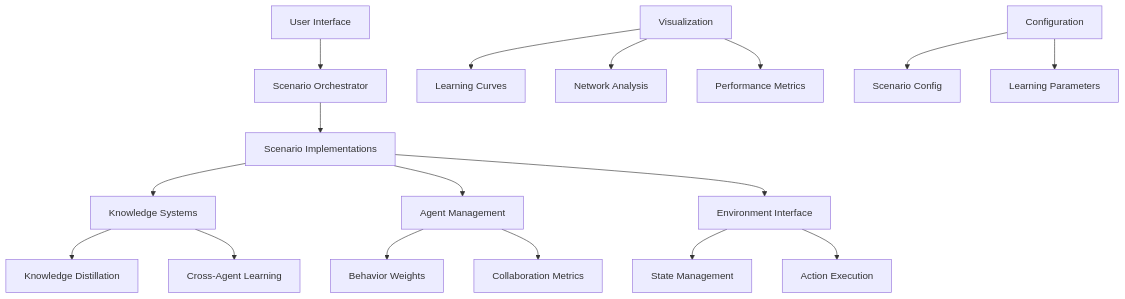
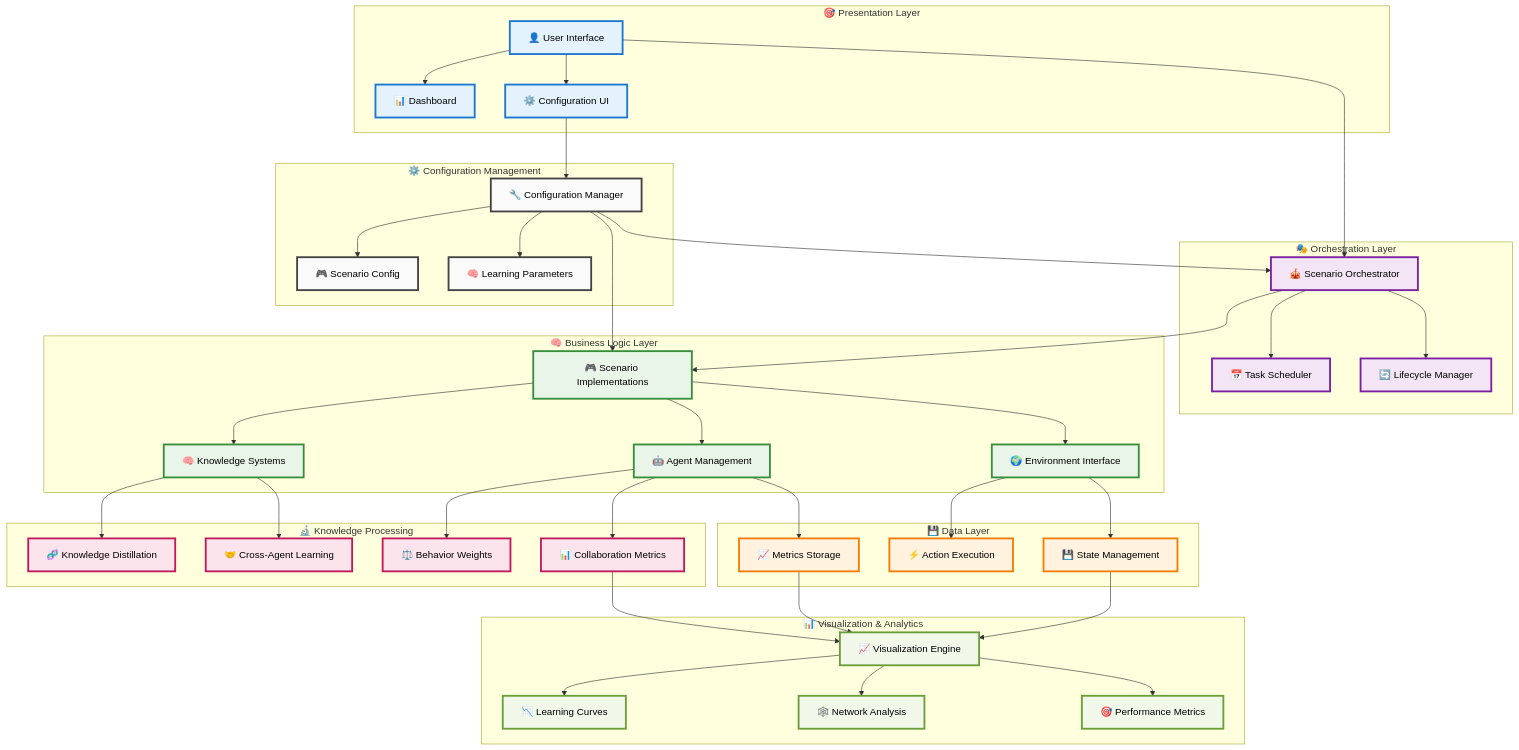
The first of 3 diagrams in docs/architecture.md (briefcasebrain/multi-agent-act), drawn with Mermaid before and after one commit. The commit also changed other lines of this file and 6 other files, not shown here.

````diff
--- a/docs/architecture.md
+++ b/docs/architecture.md
@@ -26,24 +64,99 @@
 ```mermaid
-graph TB
-    A[User Interface] --> B[Scenario Orchestrator]
-    B --> C[Scenario Implementations]
-    C --> D[Knowledge Systems]
-    C --> E[Agent Management]
-    C --> F[Environment Interface]
+flowchart TB
+    subgraph "🎯 Presentation Layer"
+        A[👤 User Interface]
+        A1[📊 Dashboard]
+        A2[⚙️ Configuration UI]
+        A --> A1
+        A --> A2
+    end
 
-    D --> G[Knowledge Distillation]
-    D --> H[Cross-Agent Learning]
+    subgraph "🎭 Orchestration Layer"
+        B[🎪 Scenario Orchestrator]
+        B1[📅 Task Scheduler]
+        B2[🔄 Lifecycle Manager]
+        B --> B1
+        B --> B2
+    end
 
-    E --> I[Behavior Weights]
-    E --> J[Collaboration Metrics]
+    subgraph "🧠 Business Logic Layer"
+        C[🎮 Scenario Implementations]
+        D[🧠 Knowledge Systems]
+        E[🤖 Agent Management]
+        F[🌍 Environment Interface]
 
-    F --> K[State Management]
-    F --> L[Action Execution]
+        C --> D
+        C --> E
+        C --> F
+    end
 
-    M[Visualization] --> N[Learning Curves]
-    M --> O[Network Analysis]
-    M --> P[Performance Metrics]
+    subgraph "💾 Data Layer"
+        K[💾 State Management]
+        L[⚡ Action Execution]
+        M1[📈 Metrics Storage]
+        F --> K
+        F --> L
+        E --> M1
+    end
 
-    Q[Configuration] --> R[Scenario Config]
-    Q --> S[Learning Parameters]
+    subgraph "🔬 Knowledge Processing"
+        G[🧬 Knowledge Distillation]
+        H[🤝 Cross-Agent Learning]
+        I[⚖️ Behavior Weights]
+        J[📊 Collaboration Metrics]
+
+        D --> G
+        D --> H
+        E --> I
+        E --> J
+    end
+
+    subgraph "📊 Visualization & Analytics"
+        M[📈 Visualization Engine]
+        N[📉 Learning Curves]
+        O[🕸️ Network Analysis]
+        P[🎯 Performance Metrics]
+
+        M --> N
+        M --> O
+        M --> P
+    end
+
+    subgraph "⚙️ Configuration Management"
+        Q[🔧 Configuration Manager]
+        R[🎮 Scenario Config]
+        S[🧠 Learning Parameters]
+
+        Q --> R
+        Q --> S
+    end
+
+    %% Main flow connections
+    A --> B
+    B --> C
+    J --> M
+    M1 --> M
+    K --> M
+
+    %% Configuration flows
+    A2 --> Q
+    Q --> B
+    Q --> C
+
+    %% Styling
+    classDef presentationLayer fill:#e3f2fd,stroke:#1976d2,stroke-width:3px,color:#000
+    classDef orchestrationLayer fill:#f3e5f5,stroke:#7b1fa2,stroke-width:3px,color:#000
+    classDef businessLayer fill:#e8f5e8,stroke:#388e3c,stroke-width:3px,color:#000
+    classDef dataLayer fill:#fff3e0,stroke:#f57c00,stroke-width:3px,color:#000
+    classDef knowledgeLayer fill:#fce4ec,stroke:#c2185b,stroke-width:3px,color:#000
+    classDef visualLayer fill:#f1f8e9,stroke:#689f38,stroke-width:3px,color:#000
+    classDef configLayer fill:#fafafa,stroke:#424242,stroke-width:3px,color:#000
+
+    class A,A1,A2 presentationLayer
+    class B,B1,B2 orchestrationLayer
+    class C,D,E,F businessLayer
+    class K,L,M1 dataLayer
+    class G,H,I,J knowledgeLayer
+    class M,N,O,P visualLayer
+    class Q,R,S configLayer
 ```
````
